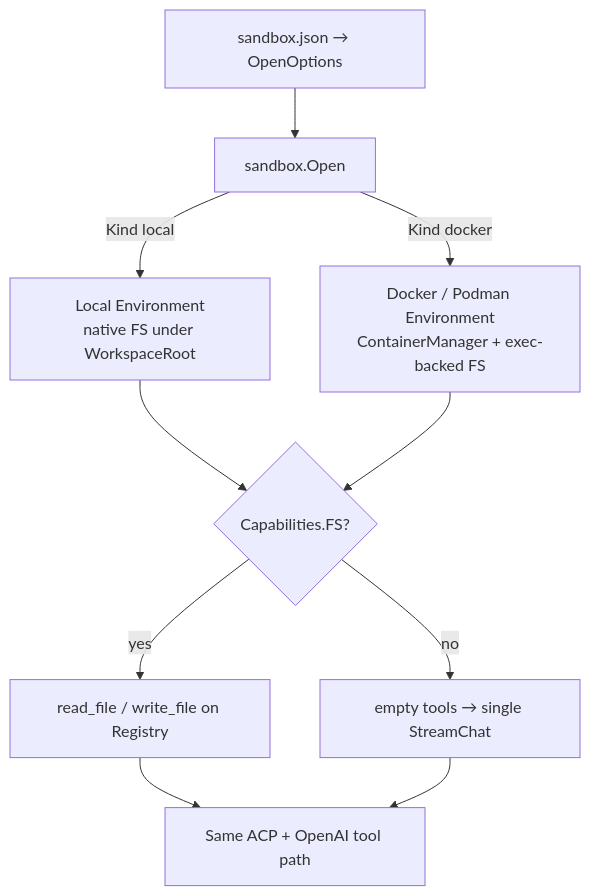
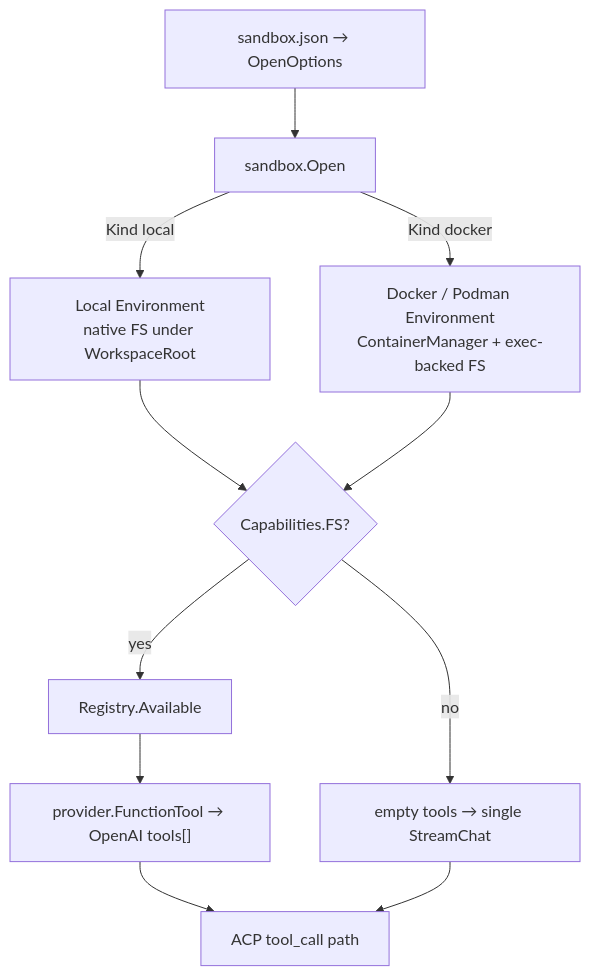
The fifth of 6 diagrams in docs/architecture.md (tryy3/agent-fabric), drawn with Mermaid before and after one commit. The commit also changed other lines of this file and 8 other files, not shown here.

First line of the commit message:
refactor(sandbox): keep tool schemas provider-neutral

````diff
--- a/docs/architecture.md
+++ b/docs/architecture.md
@@ -245,12 +246,13 @@
 ```mermaid
 flowchart TB
   Config["sandbox.json → OpenOptions"] --> Open["sandbox.Open"]
   Open -->|Kind local| Local["Local Environment<br/>native FS under WorkspaceRoot"]
   Open -->|Kind docker| Docker["Docker / Podman Environment<br/>ContainerManager + exec-backed FS"]
   Local --> Caps{Capabilities.FS?}
   Docker --> Caps
-  Caps -->|yes| Tools["read_file / write_file on Registry"]
+  Caps -->|yes| Tools["Registry.Available"]
   Caps -->|no| None["empty tools → single StreamChat"]
-  Tools --> SamePath["Same ACP + OpenAI tool path"]
+  Tools --> Adapt["provider.FunctionTool → OpenAI tools[]"]
+  Adapt --> SamePath["ACP tool_call path"]
   None --> SamePath
 ```
````
